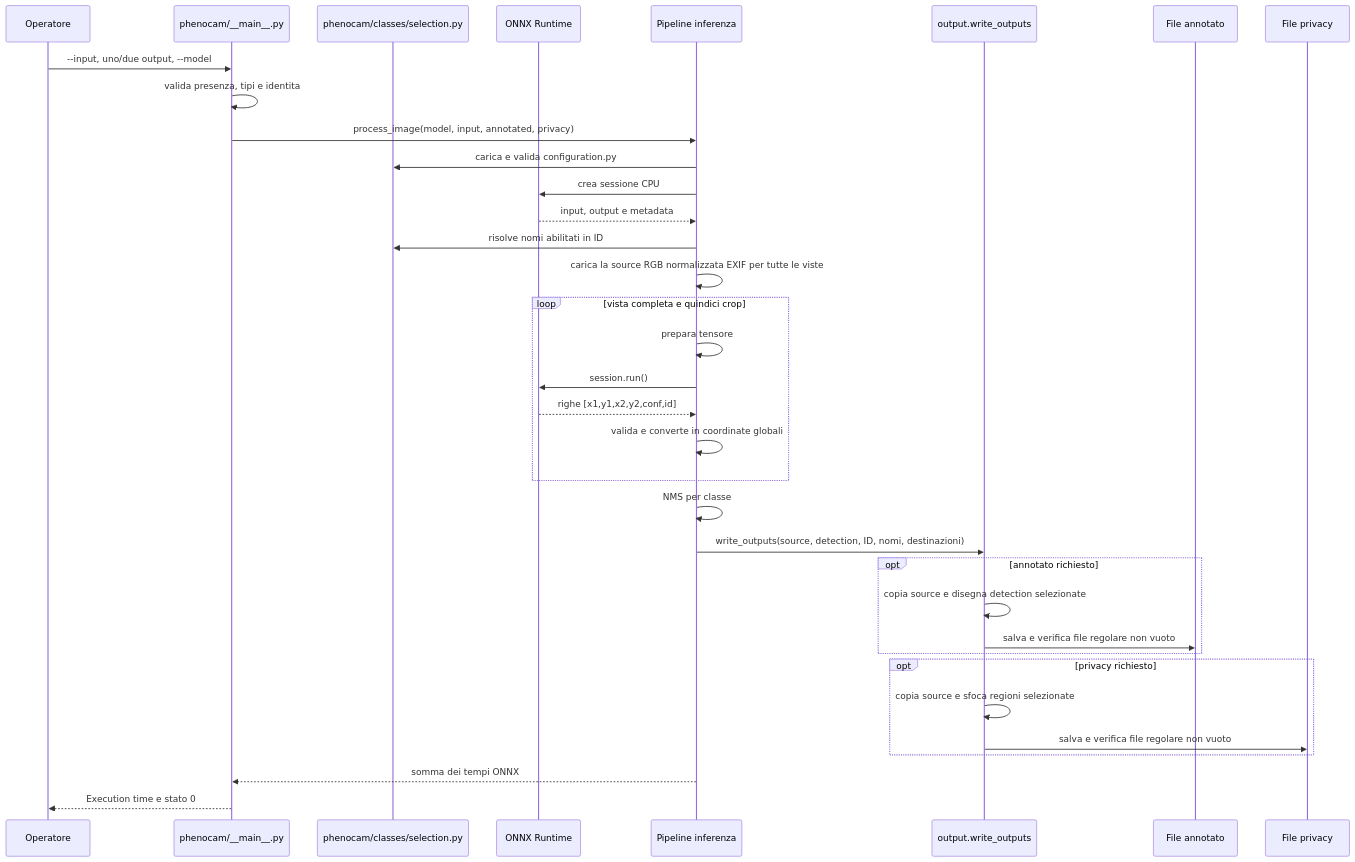
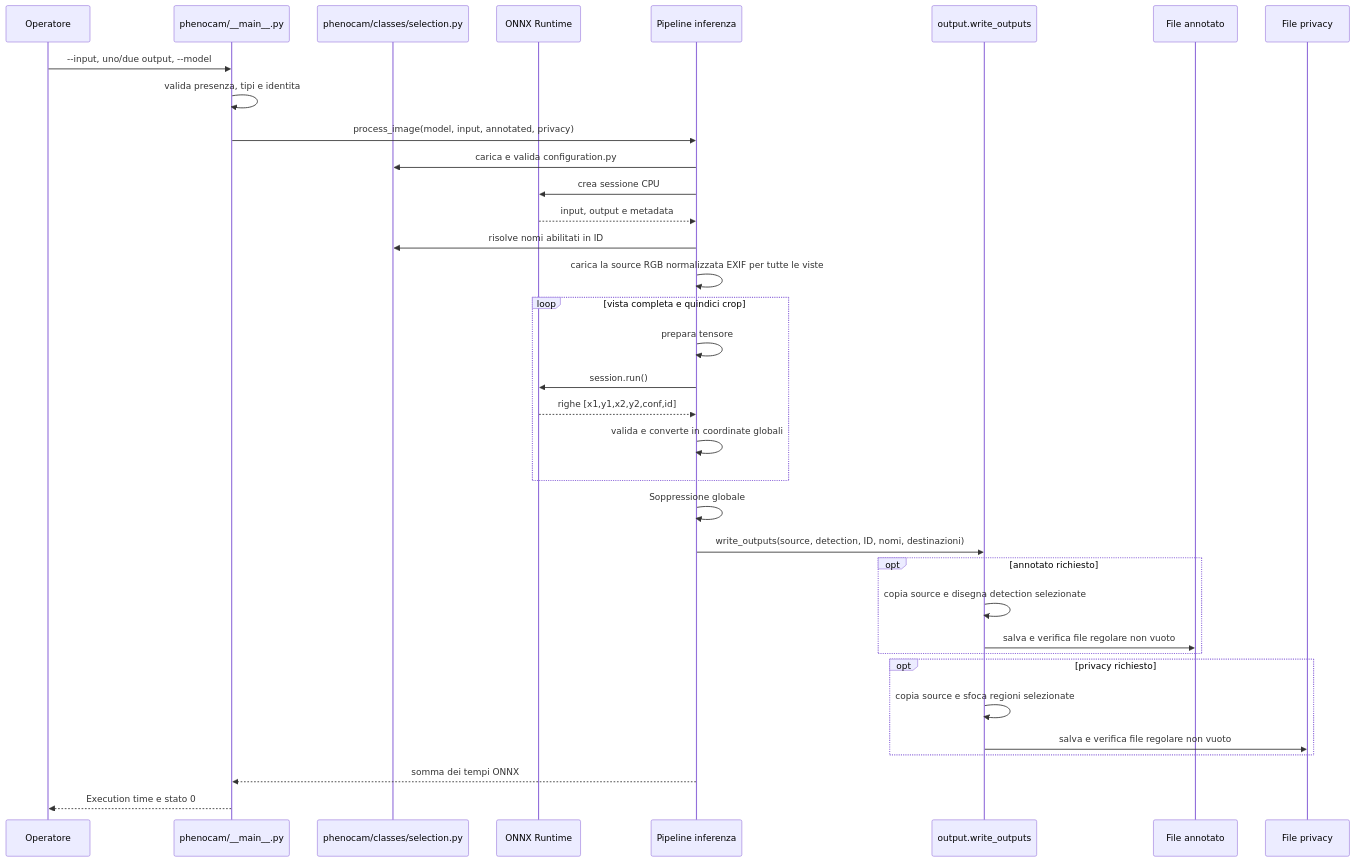
The second of 2 diagrams in docs/architettura.md (e-tufarini-terrasystem/phenocam-vision-edge), drawn with Mermaid before and after one commit. The commit also changed other lines of this file, not shown here.

Commit message:
docs(architecture): label global suppression

````diff
--- a/docs/architettura.md
+++ b/docs/architettura.md
@@ -60,38 +60,38 @@
 ```mermaid
 sequenceDiagram
     participant U as Operatore
     participant R as phenocam/__main__.py
     participant S as phenocam/classes/selection.py
     participant O as ONNX Runtime
     participant P as Pipeline inferenza
     participant F as output.write_outputs
     participant A as File annotato
     participant V as File privacy
 
     U->>R: --input, uno/due output, --model
     R->>R: valida presenza, tipi e identita
     R->>P: process_image(model, input, annotated, privacy)
     P->>S: carica e valida configuration.py
     P->>O: crea sessione CPU
     O-->>P: input, output e metadata
     P->>S: risolve nomi abilitati in ID
     P->>P: carica la source RGB normalizzata EXIF per tutte le viste
     loop vista completa e quindici crop
         P->>P: prepara tensore
         P->>O: session.run()
         O-->>P: righe [x1,y1,x2,y2,conf,id]
         P->>P: valida e converte in coordinate globali
     end
-    P->>P: NMS per classe
+    P->>P: Soppressione globale
     P->>F: write_outputs(source, detection, ID, nomi, destinazioni)
     opt annotato richiesto
         F->>F: copia source e disegna detection selezionate
         F->>A: salva e verifica file regolare non vuoto
     end
     opt privacy richiesto
         F->>F: copia source e sfoca regioni selezionate
         F->>V: salva e verifica file regolare non vuoto
     end
     P-->>R: somma dei tempi ONNX
     R-->>U: Execution time e stato 0
 ```
````
